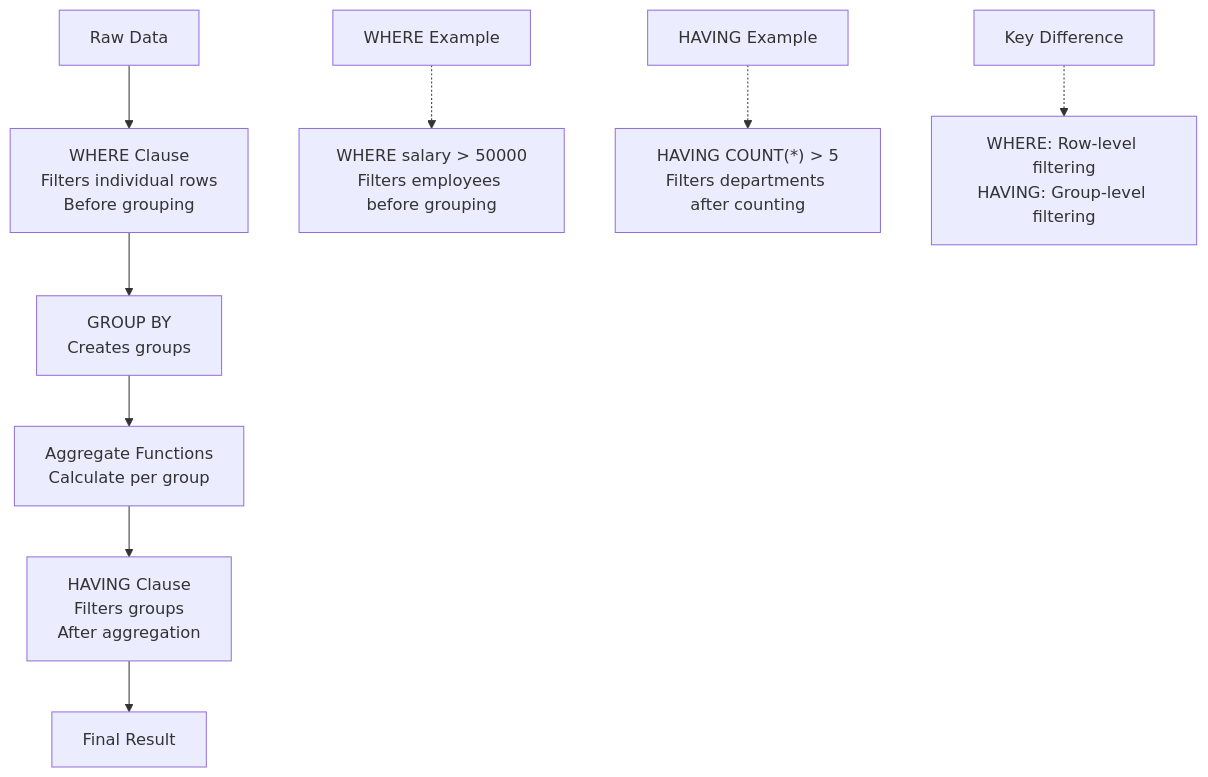
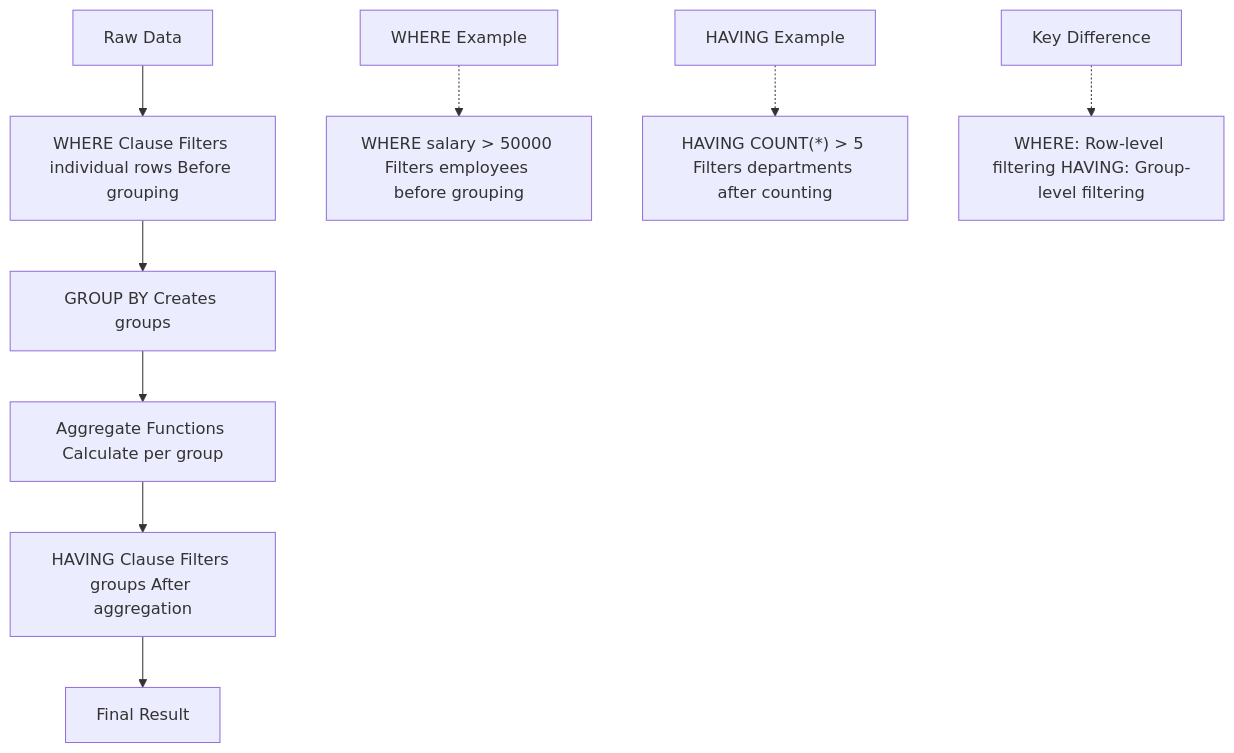
The second of 2 diagrams in fundamentals/3-aggregations-and-grouping.md (basharArif/sql-learning-path), drawn with Mermaid before and after one commit. The commit also changed other lines of this file and 12 other files, not shown here.

Commit message:
Fix Mermaid diagrams in remaining files: Replace \n with spaces for proper rendering

````diff
--- a/fundamentals/3-aggregations-and-grouping.md
+++ b/fundamentals/3-aggregations-and-grouping.md
@@ -40,13 +40,13 @@
 ```mermaid
 graph TD
-    A[Raw Data] --> B[WHERE Clause\nFilters individual rows\nBefore grouping]
-    B --> C[GROUP BY\nCreates groups]
-    C --> D[Aggregate Functions\nCalculate per group]
-    D --> E[HAVING Clause\nFilters groups\nAfter aggregation]
+    A[Raw Data] --> B[WHERE Clause Filters individual rows Before grouping]
+    B --> C[GROUP BY Creates groups]
+    C --> D[Aggregate Functions Calculate per group]
+    D --> E[HAVING Clause Filters groups After aggregation]
     E --> F[Final Result]
     
-    G[WHERE Example] -.-> H[WHERE salary > 50000\nFilters employees before grouping]
-    I[HAVING Example] -.-> J["HAVING COUNT(*) > 5\nFilters departments after counting"]
+    G[WHERE Example] -.-> H[WHERE salary > 50000 Filters employees before grouping]
+    I[HAVING Example] -.-> J["HAVING COUNT(*) > 5 Filters departments after counting"]
     
-    K[Key Difference] -.-> L[WHERE: Row-level filtering\nHAVING: Group-level filtering]
+    K[Key Difference] -.-> L[WHERE: Row-level filtering HAVING: Group-level filtering]
 ```
````
